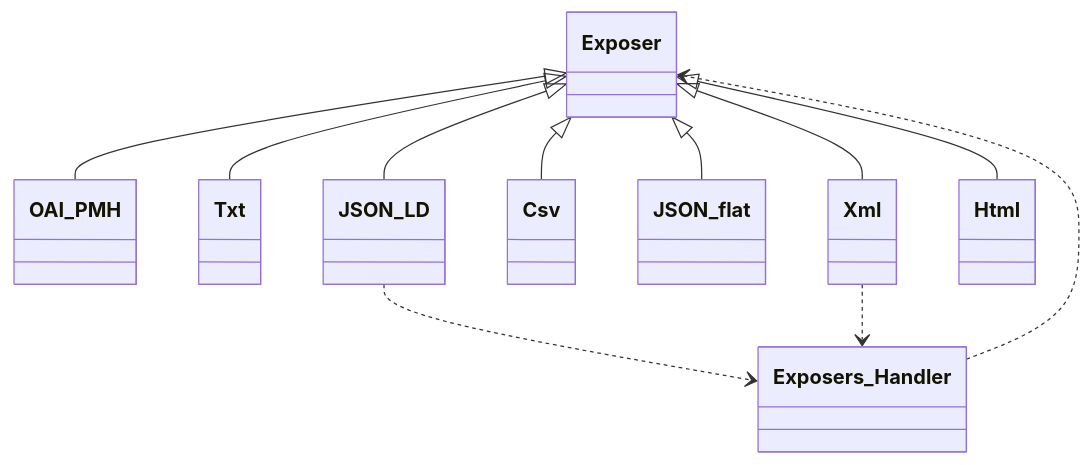
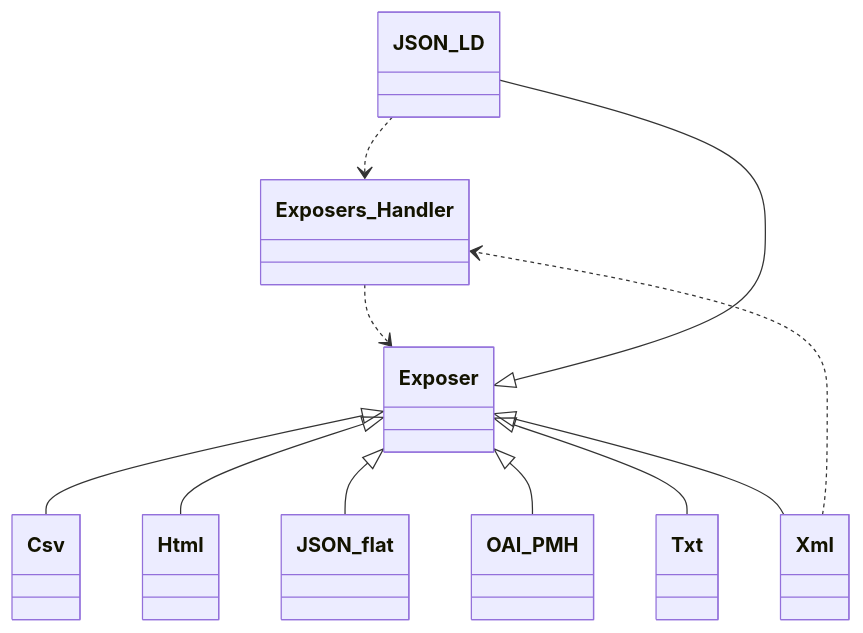
Before and after one commit to tainacan/tainacan: the sixth of 13 diagrams in docs/phpdoc/Home.md, drawn with Mermaid. The commit also changed other lines of this file and 84 other files, not shown here.

````diff
--- a/docs/phpdoc/Home.md
+++ b/docs/phpdoc/Home.md
@@ -451,23 +451,23 @@
 ```mermaid
 classDiagram
     direction TB
-    class OAI_PMH { }
-    class Txt { }
-    class Exposer { }
     class JSON_LD { }
+    class Xml { }
     class Csv { }
     class Exposers_Handler { }
+    class Html { }
+    class Exposer { }
+    class Txt { }
     class JSON_flat { }
-    class Xml { }
-    class Html { }
+    class OAI_PMH { }
     Exposer <|-- Csv
     Exposer <|-- Html
     Exposer <|-- JSON_LD
     Exposer <|-- JSON_flat
     Exposer <|-- OAI_PMH
     Exposer <|-- Txt
     Exposer <|-- Xml
     Exposers_Handler ..> Exposer
     JSON_LD ..> Exposers_Handler
     Xml ..> Exposers_Handler
 ```
````
